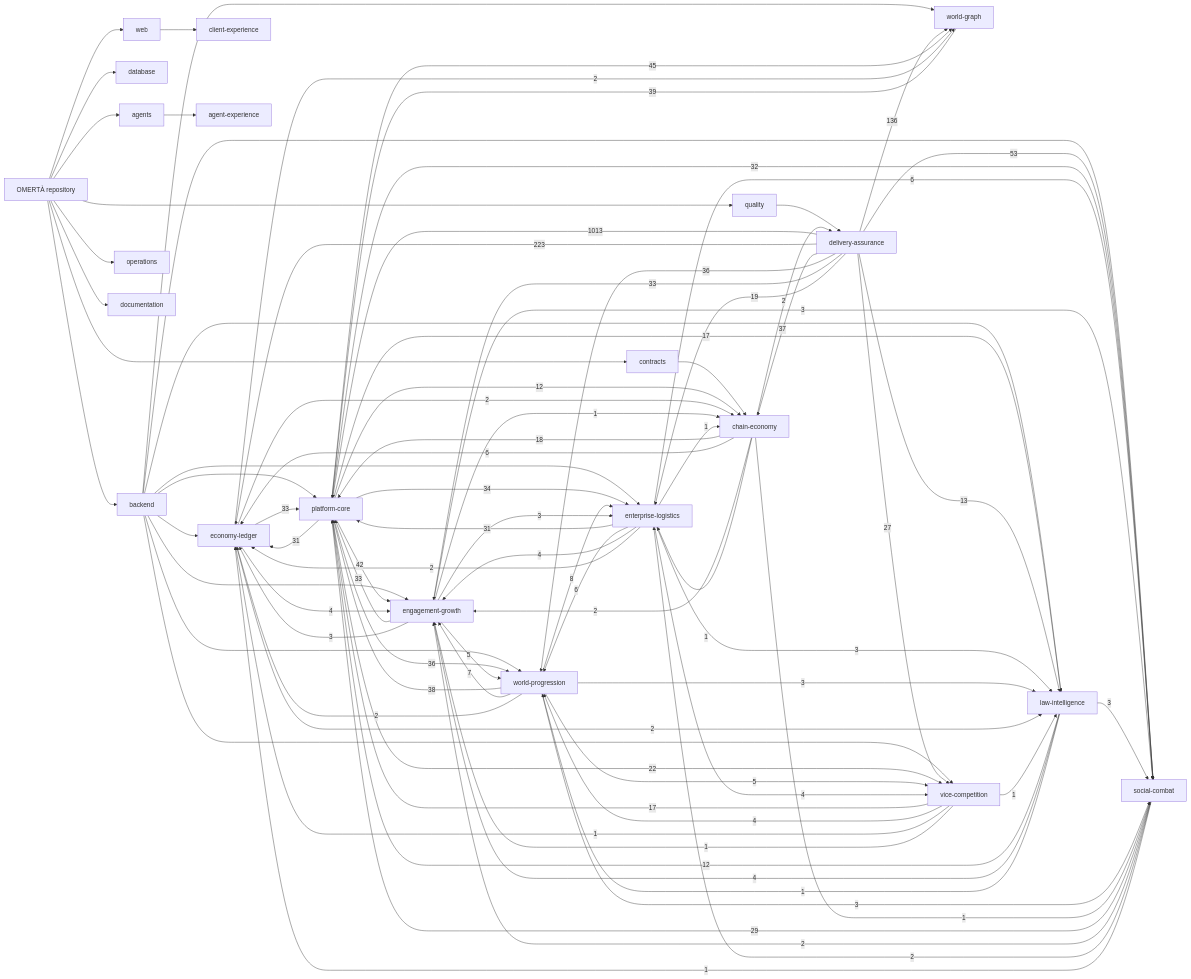
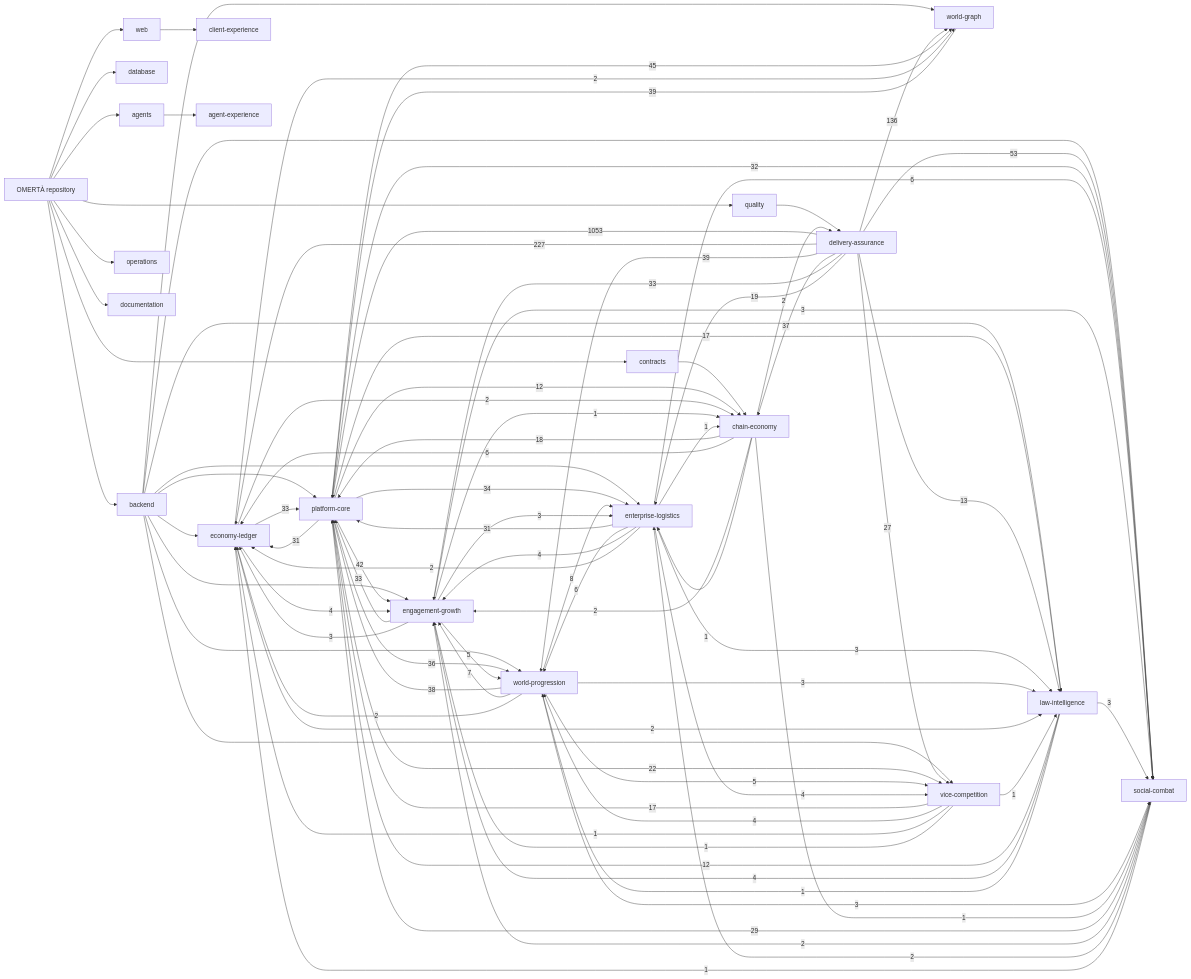
The diagram in knowledge/generated/graph.mmd (OmertaDev/Omerta), drawn with Mermaid before and after one commit. The commit also changed 7 other files, not shown here.

```diff
--- a/knowledge/generated/graph.mmd
+++ b/knowledge/generated/graph.mmd
@@ -1,109 +1,109 @@
 flowchart LR
   repo["OMERTÀ repository"]
   sub_backend["backend"]
   repo --> sub_backend
   sub_database["database"]
   repo --> sub_database
   sub_web["web"]
   repo --> sub_web
   sub_contracts["contracts"]
   repo --> sub_contracts
   sub_agents["agents"]
   repo --> sub_agents
   sub_quality["quality"]
   repo --> sub_quality
   sub_operations["operations"]
   repo --> sub_operations
   sub_documentation["documentation"]
   repo --> sub_documentation
   dom_platform-core["platform-core"]
   dom_economy-ledger["economy-ledger"]
   dom_social-combat["social-combat"]
   dom_world-progression["world-progression"]
   dom_world-graph["world-graph"]
   dom_enterprise-logistics["enterprise-logistics"]
   dom_vice-competition["vice-competition"]
   dom_law-intelligence["law-intelligence"]
   dom_chain-economy["chain-economy"]
   dom_engagement-growth["engagement-growth"]
   dom_client-experience["client-experience"]
   dom_agent-experience["agent-experience"]
   dom_delivery-assurance["delivery-assurance"]
   sub_agents --> dom_agent-experience
   sub_backend --> dom_economy-ledger
   sub_backend --> dom_engagement-growth
   sub_backend --> dom_enterprise-logistics
   sub_backend --> dom_law-intelligence
   sub_backend --> dom_platform-core
   sub_backend --> dom_social-combat
   sub_backend --> dom_vice-competition
   sub_backend --> dom_world-graph
   sub_backend --> dom_world-progression
   sub_contracts --> dom_chain-economy
   sub_quality --> dom_delivery-assurance
   sub_web --> dom_client-experience
-  dom_delivery-assurance -->|1013| dom_platform-core
-  dom_delivery-assurance -->|223| dom_economy-ledger
+  dom_delivery-assurance -->|1053| dom_platform-core
+  dom_delivery-assurance -->|227| dom_economy-ledger
   dom_delivery-assurance -->|136| dom_world-graph
   dom_delivery-assurance -->|53| dom_social-combat
   dom_platform-core -->|45| dom_world-graph
   dom_platform-core -->|42| dom_engagement-growth
+  dom_delivery-assurance -->|39| dom_world-progression
   dom_world-graph -->|39| dom_platform-core
   dom_world-progression -->|38| dom_platform-core
   dom_delivery-assurance -->|37| dom_chain-economy
-  dom_delivery-assurance -->|36| dom_world-progression
   dom_platform-core -->|36| dom_world-progression
   dom_platform-core -->|34| dom_enterprise-logistics
   dom_delivery-assurance -->|33| dom_engagement-growth
   dom_economy-ledger -->|33| dom_platform-core
   dom_engagement-growth -->|33| dom_platform-core
   dom_platform-core -->|32| dom_social-combat
   dom_enterprise-logistics -->|31| dom_platform-core
   dom_platform-core -->|31| dom_economy-ledger
   dom_social-combat -->|29| dom_platform-core
   dom_delivery-assurance -->|27| dom_vice-competition
   dom_platform-core -->|22| dom_vice-competition
   dom_delivery-assurance -->|19| dom_enterprise-logistics
   dom_chain-economy -->|18| dom_platform-core
   dom_platform-core -->|17| dom_law-intelligence
   dom_vice-competition -->|17| dom_platform-core
   dom_delivery-assurance -->|13| dom_law-intelligence
   dom_law-intelligence -->|12| dom_platform-core
   dom_platform-core -->|12| dom_chain-economy
   dom_world-progression -->|8| dom_enterprise-logistics
   dom_world-progression -->|7| dom_engagement-growth
   dom_chain-economy -->|6| dom_economy-ledger
   dom_enterprise-logistics -->|6| dom_social-combat
   dom_enterprise-logistics -->|6| dom_world-progression
   dom_engagement-growth -->|5| dom_world-progression
   dom_world-progression -->|5| dom_vice-competition
   dom_economy-ledger -->|4| dom_engagement-growth
   dom_enterprise-logistics -->|4| dom_engagement-growth
   dom_enterprise-logistics -->|4| dom_vice-competition
   dom_law-intelligence -->|4| dom_engagement-growth
   dom_vice-competition -->|4| dom_world-progression
   dom_engagement-growth -->|3| dom_economy-ledger
   dom_engagement-growth -->|3| dom_enterprise-logistics
   dom_engagement-growth -->|3| dom_social-combat
   dom_enterprise-logistics -->|3| dom_law-intelligence
   dom_law-intelligence -->|3| dom_social-combat
   dom_world-progression -->|3| dom_law-intelligence
   dom_world-progression -->|3| dom_social-combat
   dom_chain-economy -->|2| dom_delivery-assurance
   dom_chain-economy -->|2| dom_engagement-growth
   dom_economy-ledger -->|2| dom_chain-economy
   dom_economy-ledger -->|2| dom_law-intelligence
   dom_economy-ledger -->|2| dom_world-graph
   dom_enterprise-logistics -->|2| dom_economy-ledger
   dom_social-combat -->|2| dom_engagement-growth
   dom_social-combat -->|2| dom_enterprise-logistics
   dom_world-progression -->|2| dom_economy-ledger
   dom_chain-economy -->|1| dom_enterprise-logistics
   dom_chain-economy -->|1| dom_social-combat
   dom_engagement-growth -->|1| dom_chain-economy
   dom_enterprise-logistics -->|1| dom_chain-economy
   dom_law-intelligence -->|1| dom_world-progression
   dom_social-combat -->|1| dom_economy-ledger
   dom_vice-competition -->|1| dom_economy-ledger
   dom_vice-competition -->|1| dom_engagement-growth
   dom_vice-competition -->|1| dom_law-intelligence
```
